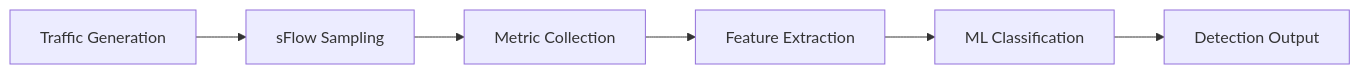
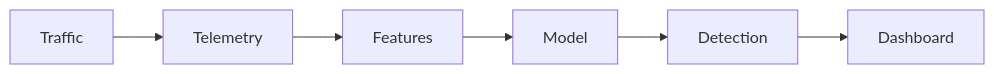
Before and after one commit to ns7523/DDoS-attack-in-IoT-Real-Time: the third of 4 diagrams in README.md, drawn with Mermaid. The commit also changed other lines of this file, not shown here.

````diff
--- a/README.md
+++ b/README.md
@@ -106,8 +181,8 @@
 ```mermaid
 flowchart LR
-    A[Traffic Generation] --> B[sFlow Sampling]
-    B --> C[Metric Collection]
-    C --> D[Feature Extraction]
-    D --> E[ML Classification]
-    E --> F[Detection Output]
+    A[Traffic] --> B[Telemetry]
+    B --> C[Features]
+    C --> D[Model]
+    D --> E[Detection]
+    E --> F[Dashboard]
 ```
````
